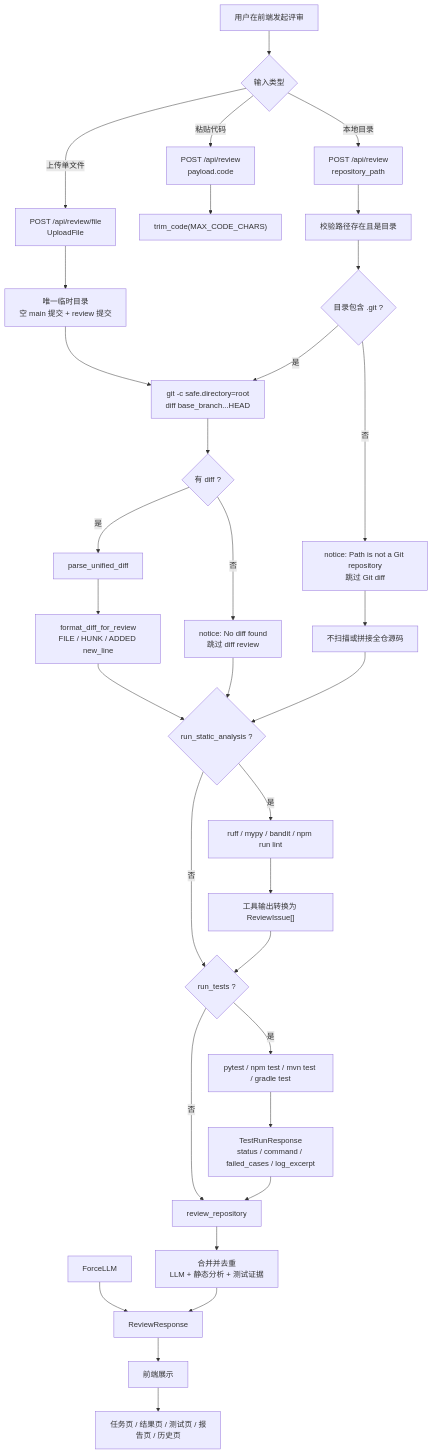
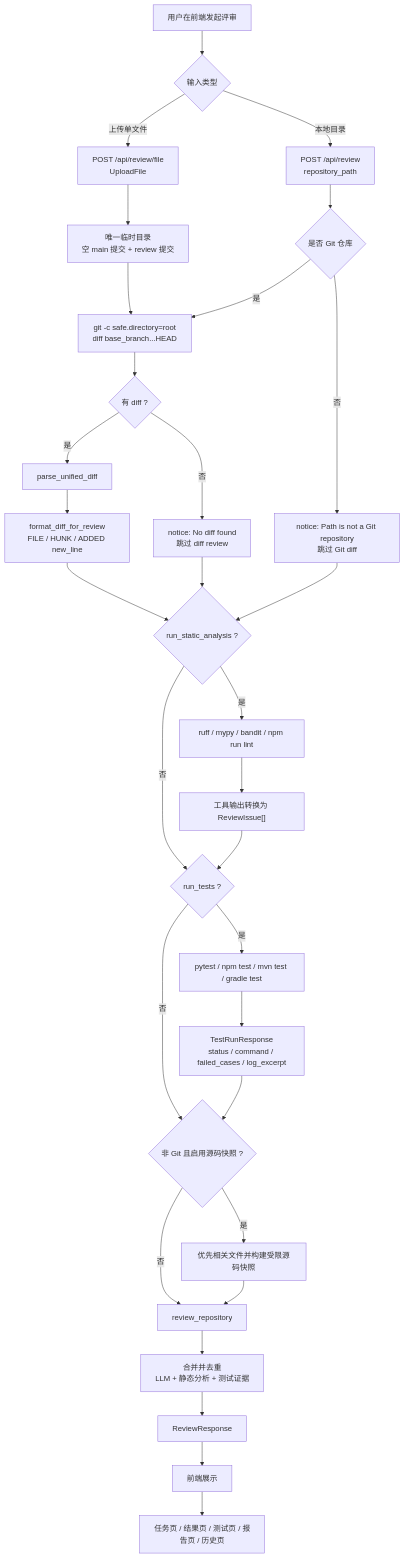
Before and after one commit to cqlcqlcql/LLM-CodeReviewer: the diagram in docs/project-overview.md, drawn with Mermaid. The commit also changed other lines of this file and 9 other files, not shown here.

Commit message:
feat: refine repository review flow

````diff
--- a/docs/project-overview.md
+++ b/docs/project-overview.md
@@ -56,45 +57,44 @@
 ```mermaid
 flowchart TD
     Start["用户在前端发起评审"] --> Input{"输入类型"}
 
-    Input -->|粘贴代码| CodeText["POST /api/review<br/>payload.code"]
     Input -->|上传单文件| FileUpload["POST /api/review/file<br/>UploadFile"]
     Input -->|本地目录| RepoPath["POST /api/review<br/>repository_path"]
 
-    CodeText --> TrimCode["trim_code(MAX_CODE_CHARS)"]
     FileUpload --> FileWorkspace["唯一临时目录<br/>空 main 提交 + review 提交"]
     FileWorkspace --> GitDiff
 
-    RepoPath --> ValidatePath["校验路径存在且是目录"]
-    ValidatePath --> IsGit{"目录包含 .git ?"}
+    RepoPath --> IsGit{"是否 Git 仓库"}
 
     IsGit -->|是| GitDiff["git -c safe.directory=root<br/>diff base_branch...HEAD"]
     GitDiff --> DiffOk{"有 diff ?"}
     DiffOk -->|是| ParseDiff["parse_unified_diff"]
     ParseDiff --> FormatDiff["format_diff_for_review<br/>FILE / HUNK / ADDED new_line"]
     DiffOk -->|否| NoDiffNotice["notice: No diff found<br/>跳过 diff review"]
 
     IsGit -->|否| NonGitNotice["notice: Path is not a Git repository<br/>跳过 Git diff"]
-    NonGitNotice --> SkipSource["不扫描或拼接全仓源码"]
 
     FormatDiff --> StaticGate{"run_static_analysis ?"}
     NoDiffNotice --> StaticGate
-    SkipSource --> StaticGate
+    NonGitNotice --> StaticGate
 
     StaticGate -->|是| StaticTools["ruff / mypy / bandit / npm run lint"]
     StaticGate -->|否| TestGate{"run_tests ?"}
     StaticTools --> ToolIssues["工具输出转换为 ReviewIssue[]"]
     ToolIssues --> TestGate
 
     TestGate -->|是| TestRunner["pytest / npm test / mvn test / gradle test"]
-    TestGate -->|否| RepoReview["review_repository"]
+    TestGate -->|否| ContextGate{"非 Git 且启用源码快照 ?"}
     TestRunner --> TestResult["TestRunResponse<br/>status / command / failed_cases / log_excerpt"]
-    TestResult --> RepoReview
+    TestResult --> ContextGate
+
+    ContextGate -->|是| SourceSnapshot["优先相关文件并构建受限源码快照"]
+    ContextGate -->|否| RepoReview["review_repository"]
+    SourceSnapshot --> RepoReview
 
     RepoReview --> Merge["合并并去重<br/>LLM + 静态分析 + 测试证据"]
-    ForceLLM --> Response["ReviewResponse"]
-    Merge --> Response
+    Merge --> Response["ReviewResponse"]
 
     Response --> Frontend["前端展示"]
     Frontend --> Views["任务页 / 结果页 / 测试页 / 报告页 / 历史页"]
 ```
````
